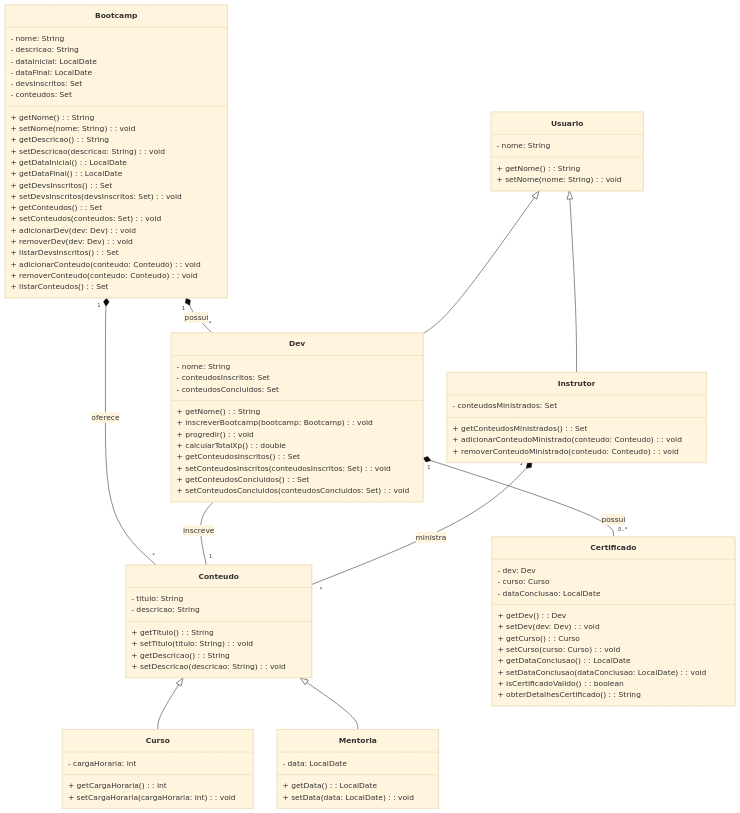
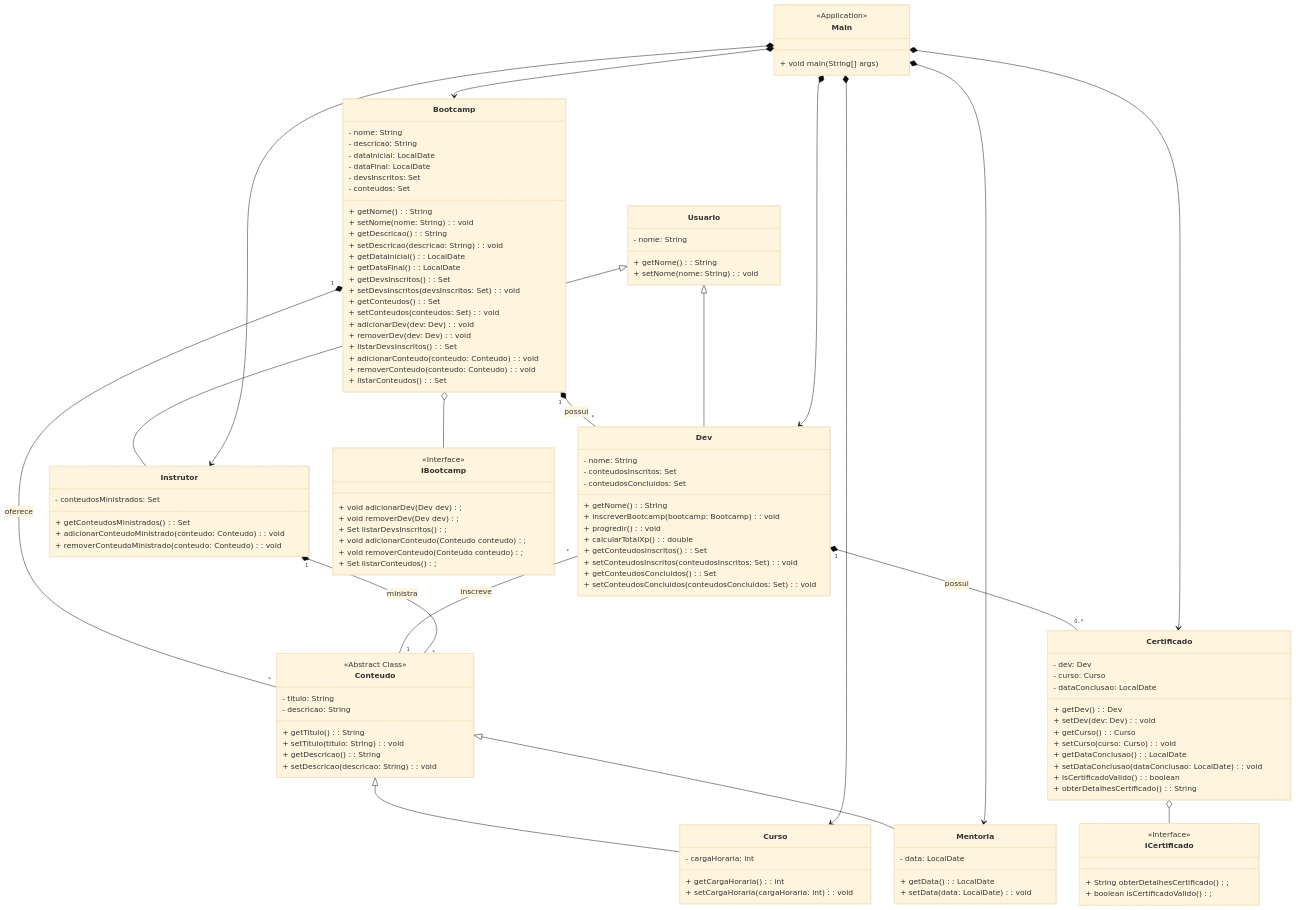
One commit to laiscrz/bootcamp-java-santander changed the diagram in Challenges/JavaPOOChallenges/BootcampPOO/README.md. Above: the diagram before and after it, drawn with Mermaid (base theme). The commit also changed other lines of this file, not shown here.

Commit message:
docs: update README.md in BootcampPOO

````diff
--- a/Challenges/JavaPOOChallenges/BootcampPOO/README.md
+++ b/Challenges/JavaPOOChallenges/BootcampPOO/README.md
@@ -43,6 +60,7 @@
         + listarConteudos(): Set<Conteudo>
     }
     class Conteudo {
+        <<Abstract Class>>
         - titulo: String
         - descricao: String
         + getTitulo(): String
@@ -97,6 +115,27 @@
         + getNome(): String
         + setNome(nome: String): void
     }
+
+   class IBootcamp {
+      <<Interface>>
+      + void adicionarDev(Dev dev);
+      + void removerDev(Dev dev);
+      + Set<Dev> listarDevsInscritos();
+      + void adicionarConteudo(Conteudo conteudo);
+      + void removerConteudo(Conteudo conteudo);
+      + Set<Conteudo> listarConteudos();
+   }
+
+   class ICertificado {
+      <<Interface>>
+      + String obterDetalhesCertificado();
+      + boolean isCertificadoValido();
+   }
+
+    class Main {
+      <<Application>>
+      + void main(String[] args)
+   }
     
     Bootcamp "1" *-- "*" Dev : possui
     Bootcamp "1" *-- "*" Conteudo : oferece
@@ -107,4 +146,12 @@
     Usuario <|-- Instrutor
     Instrutor "1" *-- "*" Conteudo : ministra
     Dev "1" *-- "0..*" Certificado : possui
+    Bootcamp o-- IBootcamp
+    Certificado o-- ICertificado
+    Main *--> Bootcamp
+    Main *--> Curso
+    Main *--> Mentoria
+    Main *--> Instrutor
+    Main *--> Dev
+    Main *--> Certificado
 ```
````
